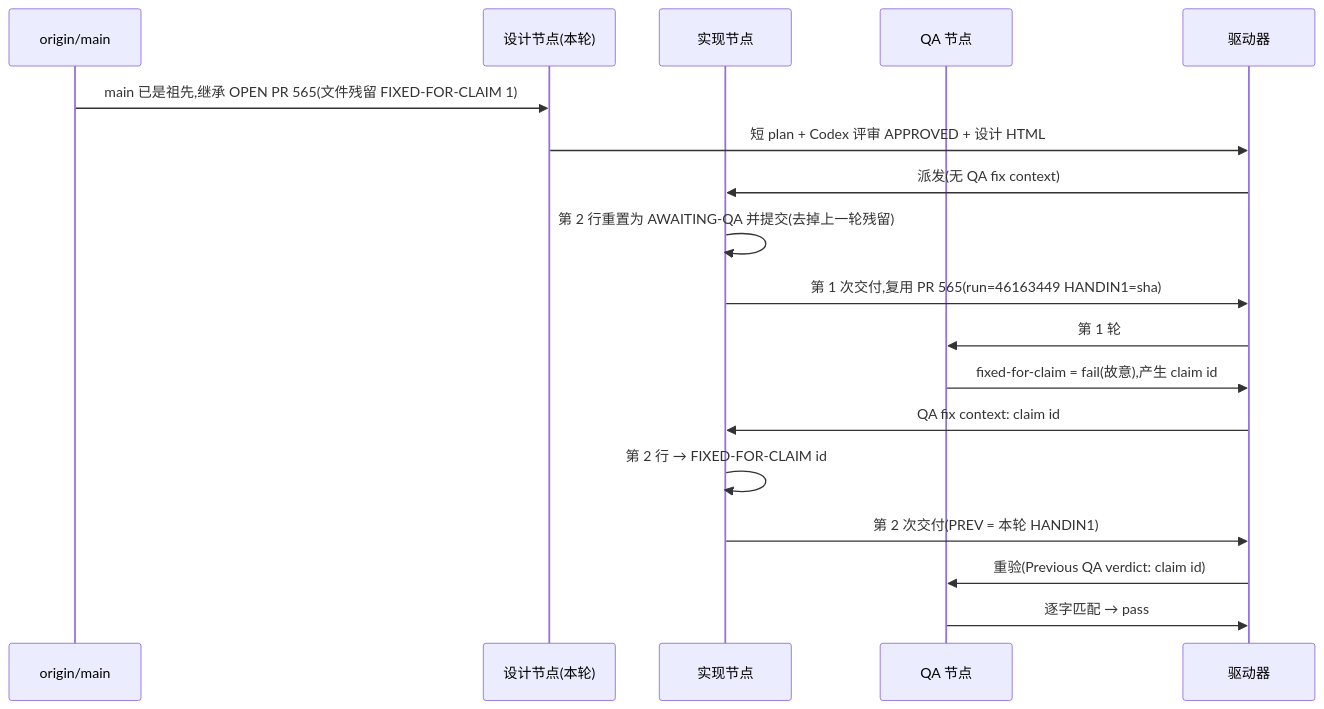
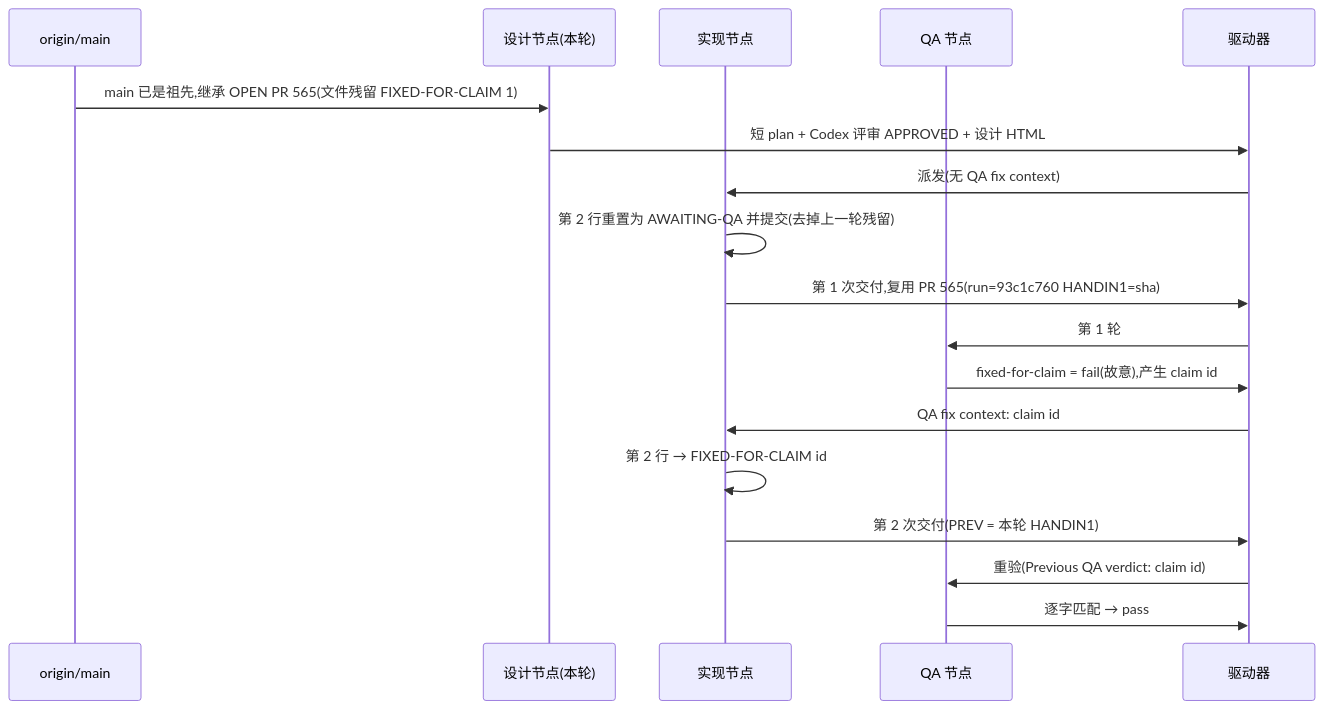
One commit to xrliAnnie/flywheel-qa-sandbox changed the diagram in engineering/doc/FLY-3150-real-runner-drill/d1-core-flow.mmd. Above: the diagram before and after it, drawn with Mermaid. The commit also changed 2 other files, not shown here.

Commit message:
docs(FLY-3150): design review and founder HTML for run 93c1c760

```diff
--- a/engineering/doc/FLY-3150-real-runner-drill/d1-core-flow.mmd
+++ b/engineering/doc/FLY-3150-real-runner-drill/d1-core-flow.mmd
@@ -1,18 +1,18 @@
 sequenceDiagram
     participant M as origin/main
     participant S as 设计节点(本轮)
     participant I as 实现节点
     participant Q as QA 节点
     participant D as 驱动器
     M->>S: main 已是祖先,继承 OPEN PR 565(文件残留 FIXED-FOR-CLAIM 1)
     S->>D: 短 plan + Codex 评审 APPROVED + 设计 HTML
     D->>I: 派发(无 QA fix context)
     I->>I: 第 2 行重置为 AWAITING-QA 并提交(去掉上一轮残留)
-    I->>D: 第 1 次交付,复用 PR 565(run=46163449 HANDIN1=sha)
+    I->>D: 第 1 次交付,复用 PR 565(run=93c1c760 HANDIN1=sha)
     D->>Q: 第 1 轮
     Q->>D: fixed-for-claim = fail(故意),产生 claim id
     D->>I: QA fix context: claim id
     I->>I: 第 2 行 → FIXED-FOR-CLAIM id
     I->>D: 第 2 次交付(PREV = 本轮 HANDIN1)
     D->>Q: 重验(Previous QA verdict: claim id)
     Q->>D: 逐字匹配 → pass
```
